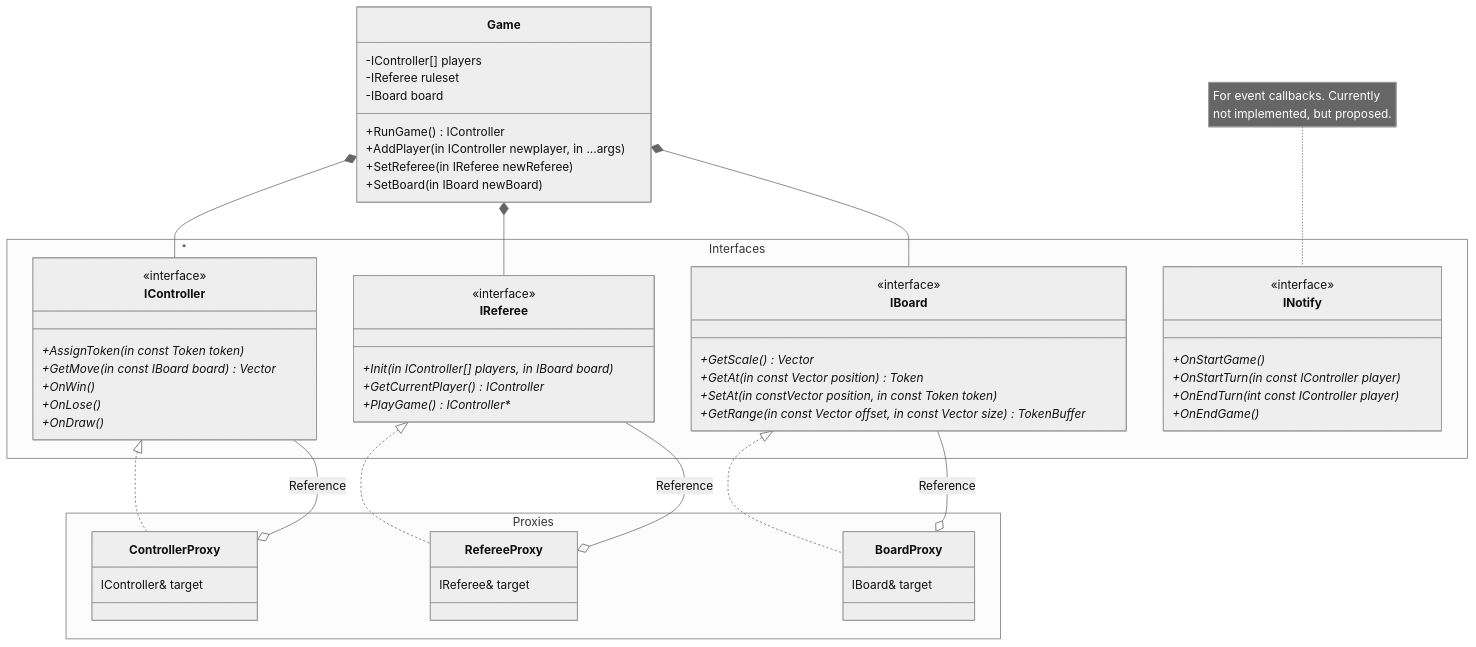
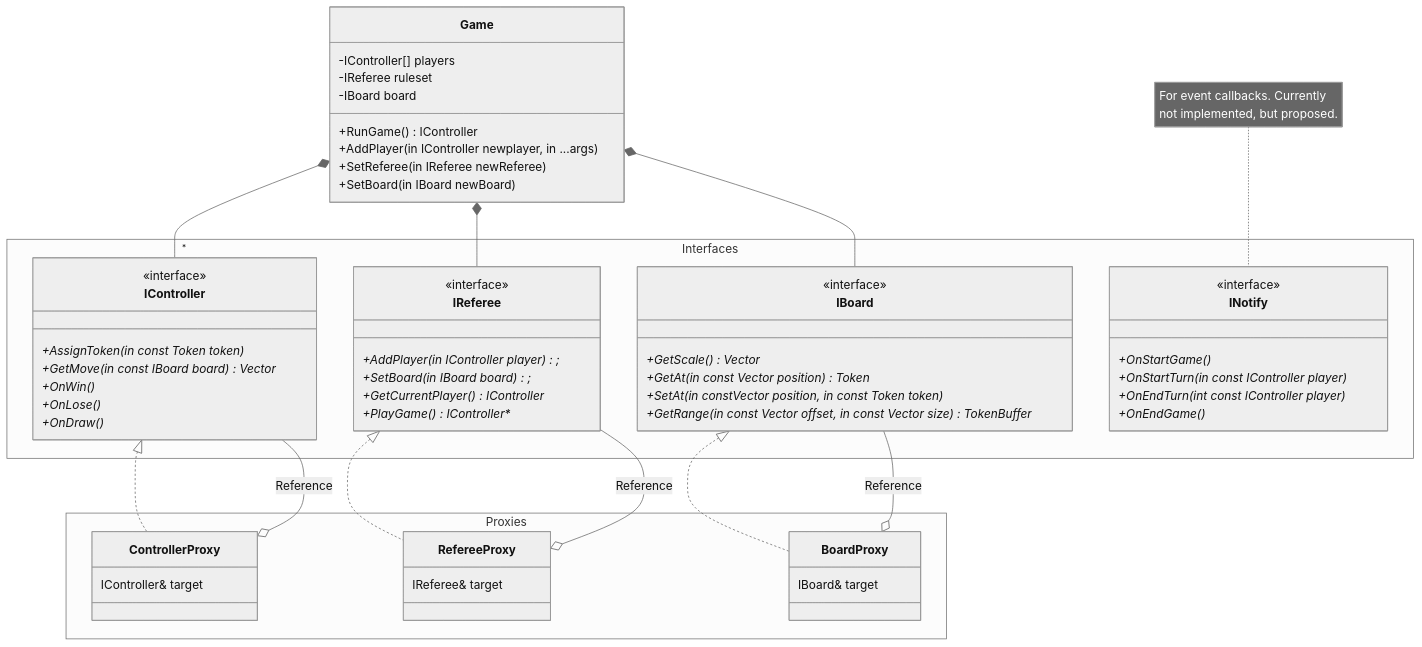
Before and after one commit to Ultranerdguy/ConnectX: the first of 2 diagrams in docs/structure.md, drawn with Mermaid (neutral theme). The commit also changed 8 other files, not shown here.

````diff
--- a/docs/structure.md
+++ b/docs/structure.md
@@ -5,81 +5,82 @@
 ```mermaid
 classDiagram
 direction TB
 class Game {
   -IController[] players
   -IReferee ruleset
   -IBoard board
   +RunGame() IController
   +AddPlayer(in IController newplayer, in ...args)
   +SetReferee(in IReferee newReferee)
   +SetBoard(in IBoard newBoard)
 }
 Game *-- "*" IController
 Game *-- IReferee
 Game *-- IBoard
 
 namespace Interfaces {
   class IController
   class IReferee
   class IBoard
   class INotify
 }
 
 
 class IController {
   <<interface>>
   +AssignToken(in const Token token)*
   +GetMove(in const IBoard board) Vector*
   +OnWin()*
   +OnLose()*
   +OnDraw()*
 } 
 
-class IReferee {
-  <<interface>>
-  +Init(in IController[] players, in IBoard board)*
-  +GetCurrentPlayer() IController*
-  +PlayGame() IController**
-}
-
 class IBoard {
   <<interface>>
   +GetScale() Vector*
   +GetAt(in const Vector position) Token*
   +SetAt(in constVector position, in const Token token)*
   +GetRange(in const Vector offset, in const Vector size) TokenBuffer*
+}
+
+class IReferee {
+  <<interface>>
+  +AddPlayer(in IController player);*
+  +SetBoard(in IBoard board)*;
+  +GetCurrentPlayer() IController*
+  +PlayGame() IController**
 }
 
 note for INotify "For event callbacks. Currently<br/>not implemented, but proposed."
 class INotify {
   <<interface>>
   +OnStartGame()*
   +OnStartTurn(in const IController player)*
   +OnEndTurn(int const IController player)*
   +OnEndGame()*
 }
 
 namespace Proxies {
   class ControllerProxy
   class RefereeProxy
   class BoardProxy
 }
 
 IController <|.. ControllerProxy
 IController --o ControllerProxy : Reference
 class ControllerProxy {
   IController& target
 }
 
 IReferee <|.. RefereeProxy
 IReferee --o RefereeProxy : Reference
 class RefereeProxy {
   IReferee& target
 }
 
 IBoard <|.. BoardProxy
 IBoard --o BoardProxy : Reference
 class BoardProxy {
   IBoard& target
 }
 ```
````
